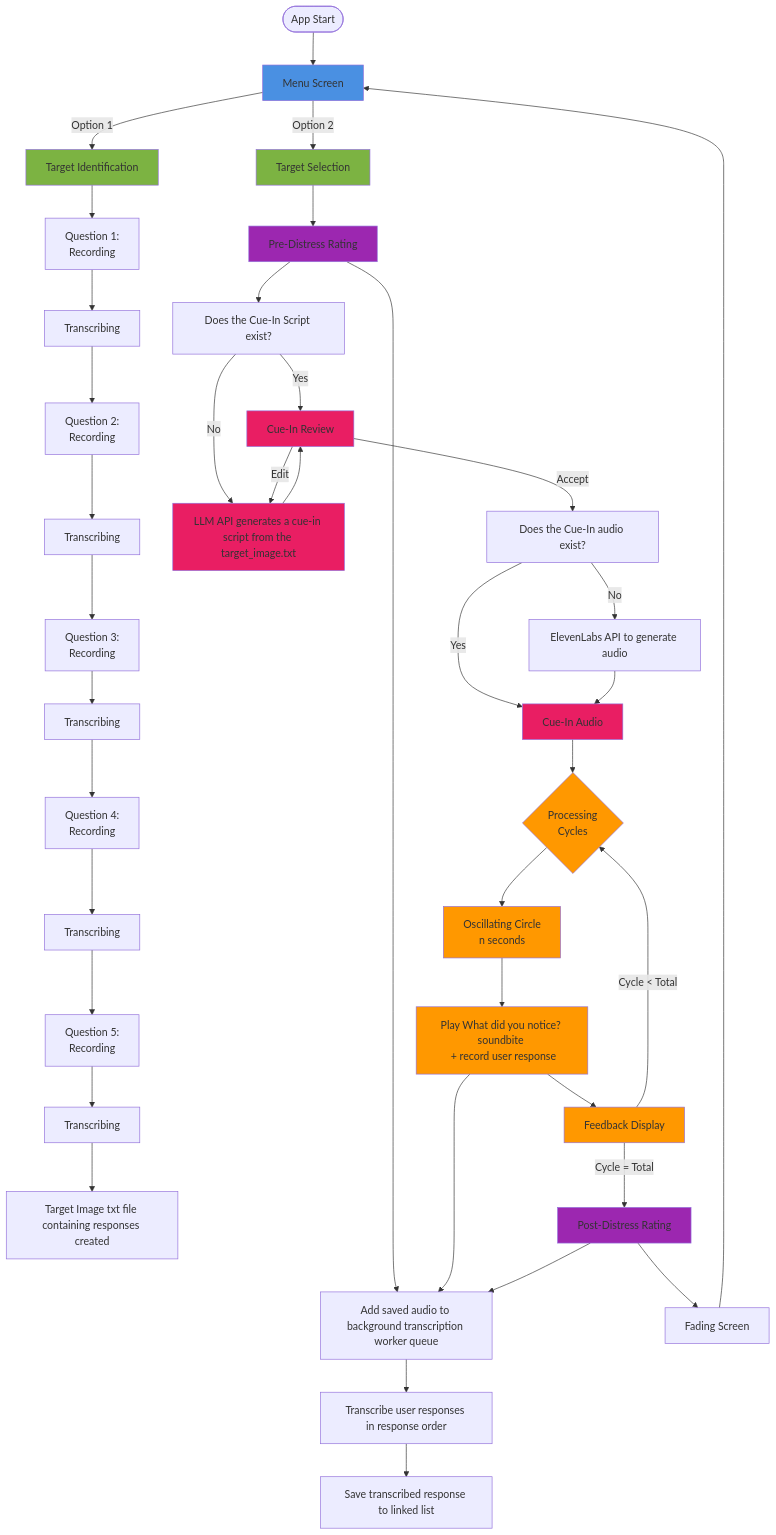
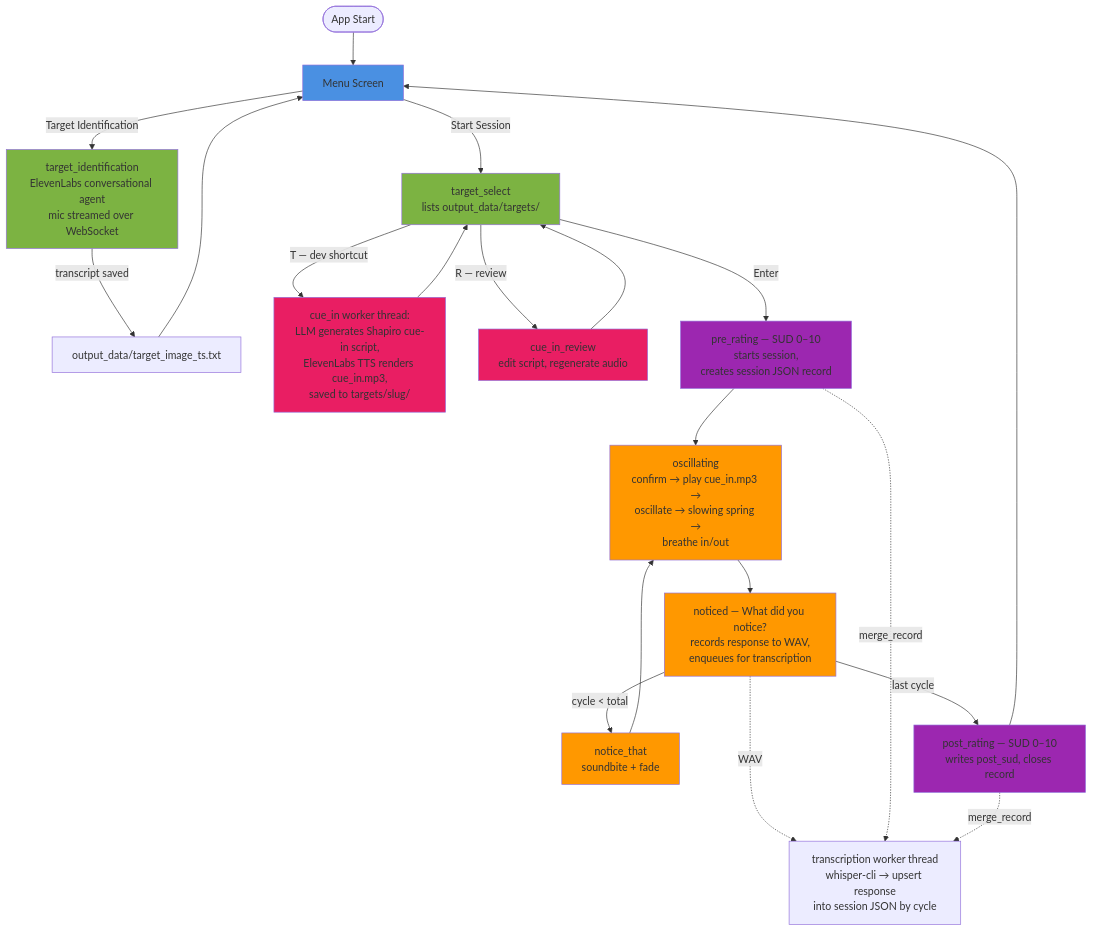
One commit to soleil6626070/EMDR3 changed the diagram in .claude/CLAUDE.md. Above: the diagram before and after it, drawn with Mermaid. The commit also changed other lines of this file and 1 other file, not shown here.

Commit message:
Update CLAUDE.md and README to match current code
- CLAUDE.md: tech stack decisions filled in (whisper.cpp, ElevenLabs agent,
  OpenAI/Anthropic cue-in LLM); flow diagram rewritten to the implemented
  conversational-agent TII + rating screens flow (old 5-question plan
  removed); key data structures section now documents the per-session JSON
  record and single-writer rule (supersedes the linked-list plan); added
  Known Loose Ends (half-built session resume, missing-audio startup gap)
- README: UX + technical flowcharts updated with pre/post SUD rating
  screens, session_record/session_json modules, and sessions/ JSON storage;
  added 2026-07-18 session log entry

````diff
--- a/.claude/CLAUDE.md
+++ b/.claude/CLAUDE.md
@@ -37,62 +59,37 @@
 ```mermaid
-
 graph TD
     Start([App Start]) --> Menu[Menu Screen]
 
-    Menu -->|Option 1| TID[Target Identification]
-    Menu -->|Option 2| TS[Target Selection]
+    Menu -->|Target Identification| TII[target_identification<br/>ElevenLabs conversational agent<br/>mic streamed over WebSocket]
+    TII -->|transcript saved| TXT[output_data/target_image_ts.txt]
+    TXT --> Menu
 
-    TID --> Q1[Question 1:<br/>Recording]
-    Q1 --> T1[Transcribing]
-    T1 --> Q2[Question 2:<br/>Recording]
-    Q2 --> T2[Transcribing]
-    T2 --> Q3[Question 3:<br/>Recording]
-    Q3 --> T3[Transcribing]
-    T3 --> Q4[Question 4:<br/>Recording]
-    Q4 --> T4[Transcribing]
-    T4 --> Q5[Question 5:<br/>Recording]
-    Q5 --> T5[Transcribing]
-    T5 --> TI_TXT[Target Image txt file containing responses created]
+    Menu -->|Start Session| TS[target_select<br/>lists output_data/targets/]
+    TS -->|T — dev shortcut| CIG[cue_in worker thread:<br/>LLM generates Shapiro cue-in script,<br/>ElevenLabs TTS renders cue_in.mp3,<br/>saved to targets/slug/]
+    CIG --> TS
+    TS -->|R — review| CIR[cue_in_review<br/>edit script, regenerate audio]
+    CIR --> TS
 
-    TS --> PreD[Pre-Distress Rating]
-    PreD --> TQ
+    TS -->|Enter| PreR[pre_rating — SUD 0–10<br/>starts session,<br/>creates session JSON record]
+    PreR --> Osc[oscillating<br/>confirm → play cue_in.mp3 →<br/>oscillate → slowing spring →<br/>breathe in/out]
+    Osc --> WDN[noticed — What did you notice?<br/>records response to WAV,<br/>enqueues for transcription]
+    WDN -->|cycle < total| NT[notice_that<br/>soundbite + fade]
+    NT --> Osc
+    WDN -->|last cycle| PostR[post_rating — SUD 0–10<br/>writes post_sud, closes record]
+    PostR --> Menu
 
-    PreD --> ScriptQ[Does the Cue-In Script exist?]
-    ScriptQ -->|Yes| CIR
-    ScriptQ -->|No| CIG[LLM API generates a cue-in script from the target_image.txt]
-    CIG --> CIR[Cue-In Review]
-    CIR -->|Edit| CIG
-    CIR -->|Accept| AudioQ[Does the Cue-In audio exist?]
-    AudioQ -->|Yes| CIA[Cue-In Audio]
-    AudioQ -->|No| CIAG[ElevenLabs API to generate audio]-->CIA
-
-
-    CIA --> PC{Processing<br/>Cycles}
-
-    PC --> Osc[Oscillating Circle <br/>n seconds]
-    Osc --> PR[Play What did you notice? soundbite <br/> + record user response]
-    PR --> FB[Feedback Display]
-    PR --> TQ[Add saved audio to background transcription worker queue]
-    TQ --> Transc[Transcribe user responses in response order]
-    Transc --> LL[Save transcribed response to linked list]
-
-    FB -->|Cycle < Total| PC
-    FB -->|Cycle = Total| PostD[Post-Distress Rating]
-
-    PostD --> Fade[Fading Screen]
-    PostD --> TQ
-    Fade --> Menu
+    WDN -.WAV.-> TW[transcription worker thread<br/>whisper-cli → upsert response<br/>into session JSON by cycle]
+    PreR -.merge_record.-> TW
+    PostR -.merge_record.-> TW
 
     style Menu fill:#4a90e2
-    style TID fill:#7cb342
+    style TII fill:#7cb342
     style TS fill:#7cb342
-    style PC fill:#ff9800
     style Osc fill:#ff9800
-    style PR fill:#ff9800
-    style FB fill:#ff9800
-    style PreD fill:#9c27b0
-    style PostD fill:#9c27b0
+    style WDN fill:#ff9800
+    style NT fill:#ff9800
+    style PreR fill:#9c27b0
+    style PostR fill:#9c27b0
     style CIG fill:#e91e63
     style CIR fill:#e91e63
-    style CIA fill:#e91e63
 ```
````
